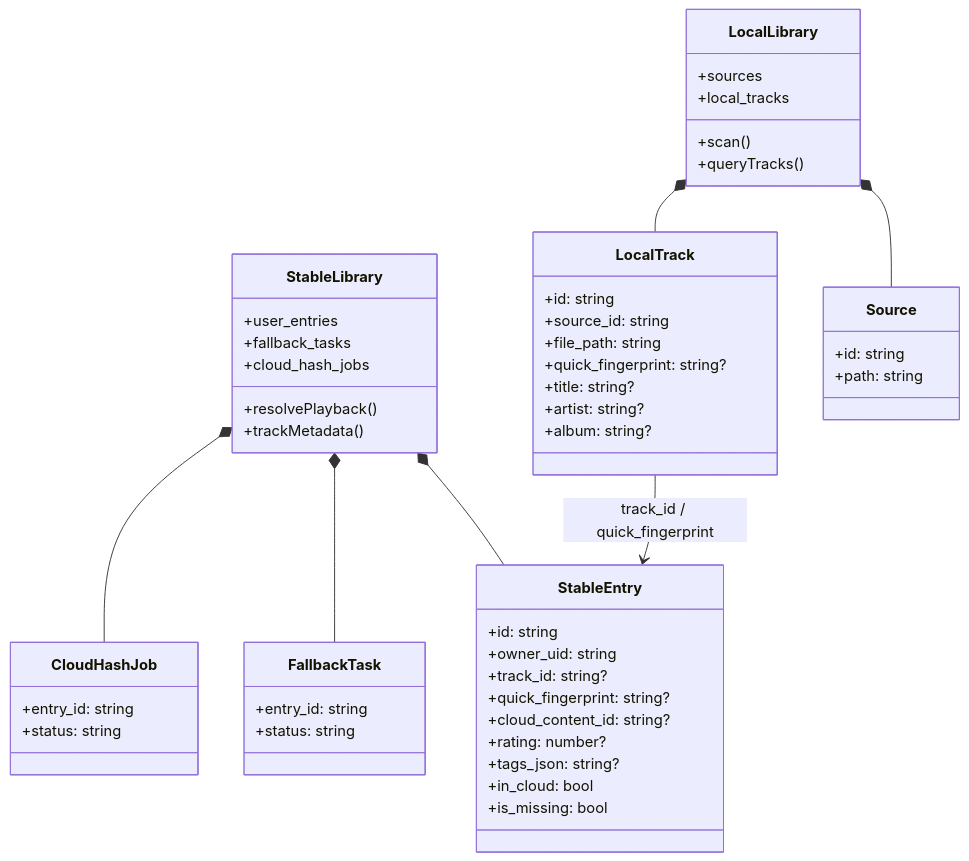
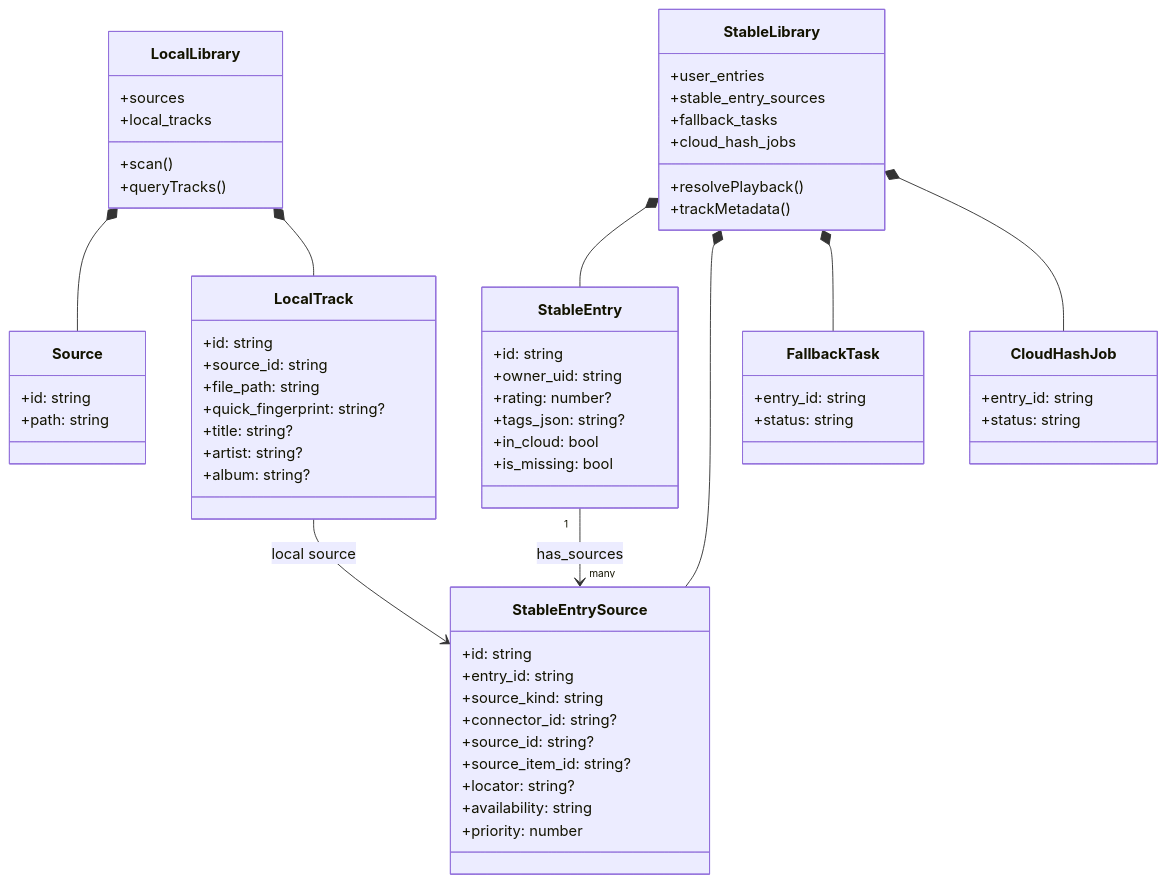
The third of 8 diagrams in pmp-database-reference.md (pxh52013145/PMP), drawn with Mermaid before and after one commit. The commit also changed other lines of this file and 10 other files, not shown here.

Commit message:
feat(music-library): add NAS mode and stable entry sources

````diff
--- a/pmp-database-reference.md
+++ b/pmp-database-reference.md
@@ -153,61 +163,73 @@
 ```mermaid
 classDiagram
   class LocalLibrary {
     +sources
     +local_tracks
     +scan()
     +queryTracks()
   }
 
   class StableLibrary {
     +user_entries
+    +stable_entry_sources
     +fallback_tasks
     +cloud_hash_jobs
     +resolvePlayback()
     +trackMetadata()
   }
 
   class Source {
     +id: string
     +path: string
   }
 
   class LocalTrack {
     +id: string
     +source_id: string
     +file_path: string
     +quick_fingerprint: string?
     +title: string?
     +artist: string?
     +album: string?
   }
 
   class StableEntry {
     +id: string
     +owner_uid: string
-    +track_id: string?
-    +quick_fingerprint: string?
-    +cloud_content_id: string?
     +rating: number?
     +tags_json: string?
     +in_cloud: bool
     +is_missing: bool
+  }
+
+  class StableEntrySource {
+    +id: string
+    +entry_id: string
+    +source_kind: string
+    +connector_id: string?
+    +source_id: string?
+    +source_item_id: string?
+    +locator: string?
+    +availability: string
+    +priority: number
   }
 
   class FallbackTask {
     +entry_id: string
     +status: string
   }
 
   class CloudHashJob {
     +entry_id: string
     +status: string
   }
 
   LocalLibrary *-- Source
   LocalLibrary *-- LocalTrack
   StableLibrary *-- StableEntry
+  StableLibrary *-- StableEntrySource
   StableLibrary *-- FallbackTask
   StableLibrary *-- CloudHashJob
-  LocalTrack --> StableEntry : track_id / quick_fingerprint
+  StableEntry "1" --> "many" StableEntrySource : has_sources
+  LocalTrack --> StableEntrySource : local source
 ```
````
